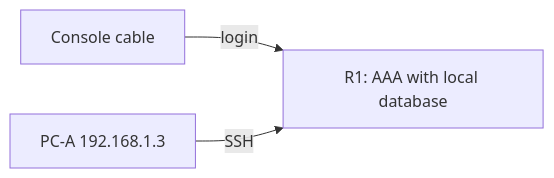
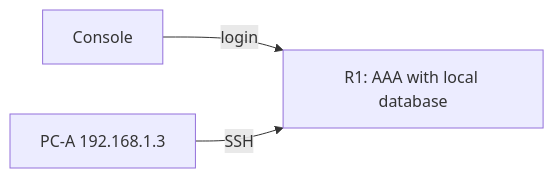
The diagram in content/security-in-computing/aaa-local-authentication-practical.md (Prathameshv07/class-notes), drawn with Mermaid before and after one commit. The commit also changed other lines of this file and 7 other files, not shown here.

````diff
--- a/content/security-in-computing/aaa-local-authentication-practical.md
+++ b/content/security-in-computing/aaa-local-authentication-practical.md
@@ -35,7 +48,7 @@
 ```mermaid
 flowchart LR
   accTitle: Topology for AAA local authentication
-  accDescr: An administrator logs in to R1 directly through the console cable and remotely from PC-A using SSH. R1 checks both logins against its local user database through AAA.
-  CON[Console cable] -->|login| R1[R1: AAA with local database]
+  accDescr: An administrator logs in to R1 directly through the console and remotely from PC-A using SSH. R1 checks both logins against its local user database through AAA.
+  CON[Console] -->|login| R1[R1: AAA with local database]
   PCA[PC-A 192.168.1.3] -->|SSH| R1
 ```
````
